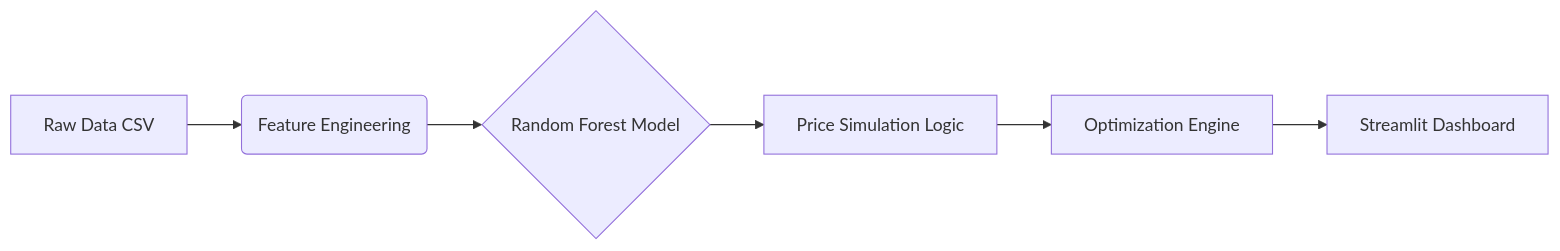
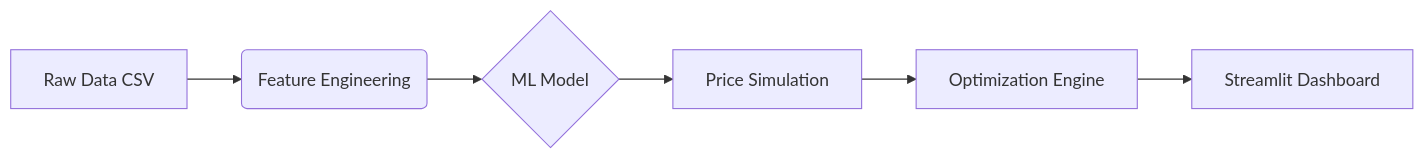
Before and after one commit to mugnihidayah/retail-price-optimization: the diagram in README.md, drawn with Mermaid. The commit also changed other lines of this file, not shown here.

````diff
--- a/README.md
+++ b/README.md
@@ -62,8 +80,8 @@
 ```mermaid
 graph LR
 A[Raw Data CSV] --> B(Feature Engineering)
-B --> C{Random Forest Model}
-C --> D[Price Simulation Logic]
+B --> C{ML Model}
+C --> D[Price Simulation]
 D --> E[Optimization Engine]
 E --> F[Streamlit Dashboard]
 ```
````
